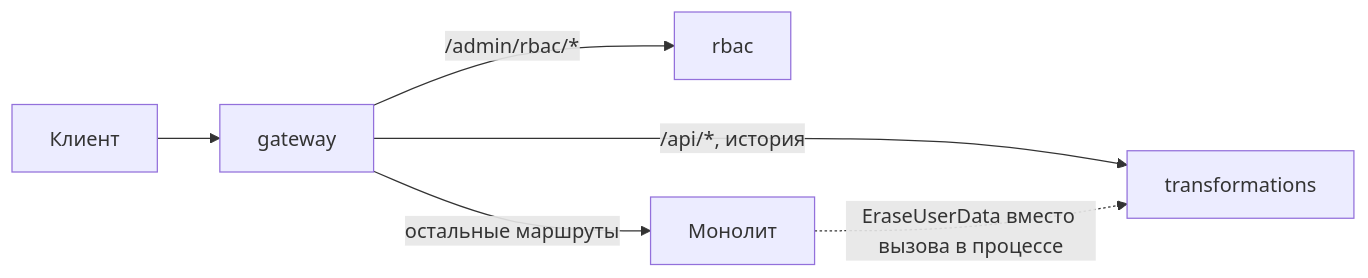
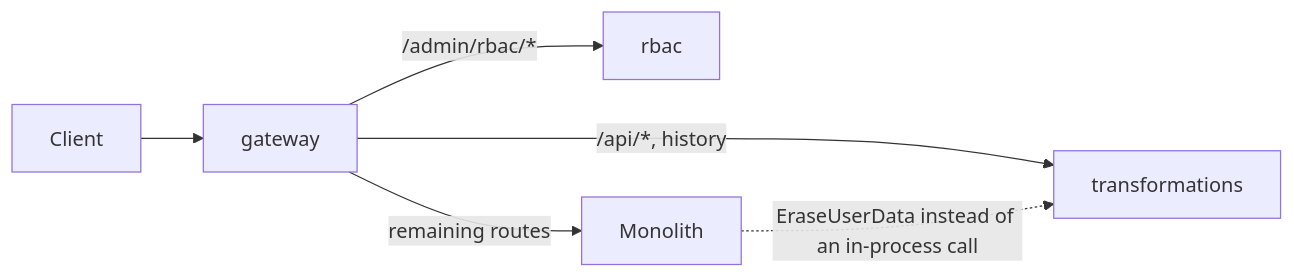
The third of 4 diagrams in courses-content/backend/B/1/en/0.1 Декомпозиция на микросервисы.md (pavel-skripko-innowise/inno-fe-be-a1), drawn with Mermaid before and after one commit. The commit also changed other lines of this file and 35 other files, not shown here.

````diff
--- a/courses-content/backend/B/1/en/0.1 Декомпозиция на микросервисы.md
+++ b/courses-content/backend/B/1/en/0.1 Декомпозиция на микросервисы.md
@@ -157,8 +157,8 @@
 ```mermaid
 flowchart LR
-  Client[Клиент] --> Facade[gateway]
-  Facade -->|"/api/*, история"| NewT[transformations]
+  Client[Client] --> Facade[gateway]
+  Facade -->|"/api/*, history"| NewT[transformations]
   Facade -->|"/admin/rbac/*"| NewR[rbac]
-  Facade -->|остальные маршруты| Mono[Монолит]
-  Mono -.->|"EraseUserData вместо вызова в процессе"| NewT
+  Facade -->|remaining routes| Mono[Monolith]
+  Mono -.->|"EraseUserData instead of an in-process call"| NewT
 ```
````
